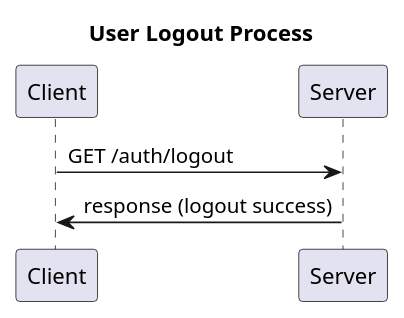
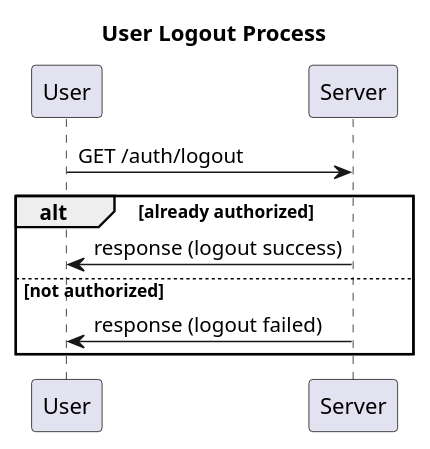
The diagram in PlantUML/SequenceDiagram/UserLogout.puml (tanawinvisa/co-working-space-web-app), drawn with PlantUML before and after one commit. The commit also changed 14 other files, not shown here.

Commit message:
diagrams

```diff
--- a/PlantUML/SequenceDiagram/UserLogout.puml
+++ b/PlantUML/SequenceDiagram/UserLogout.puml
@@ -1,11 +1,16 @@
 @startuml Co-Working Space User Logout
 
 title User Logout Process
 
-participant "Client" as client
+participant "User" as user
 participant "Server" as server
 
-client -> server: GET /auth/logout
-server -> client: response (logout success)
+user -> server: GET /auth/logout
+
+alt already authorized
+    server -> user: response (logout success)
+else not authorized
+    server -> user: response (logout failed)
+end
 
 @enduml
```
